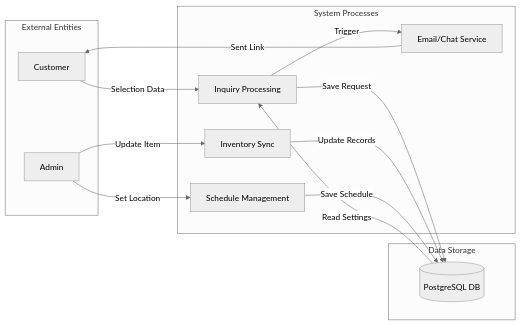
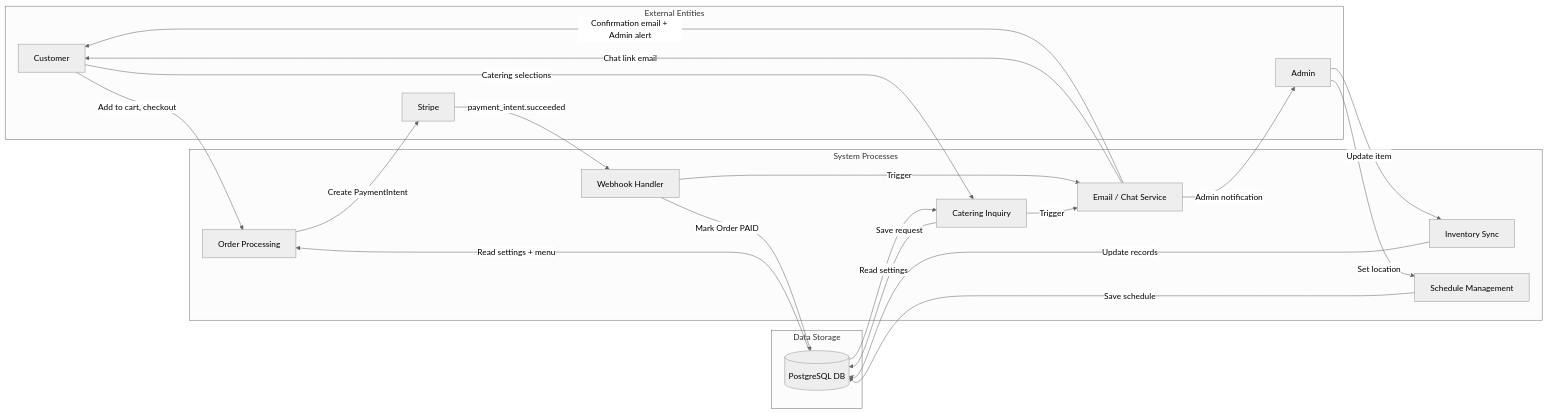
Before and after one commit to tejamahesh1433/indian-food-truck-site: the diagram in docs/DATA_FLOW.md, drawn with Mermaid (neutral theme). The commit also changed other lines of this file and 13 other files, not shown here.

````diff
--- a/docs/DATA_FLOW.md
+++ b/docs/DATA_FLOW.md
@@ -6,31 +7,43 @@
 ```mermaid
 graph LR
     subgraph "External Entities"
         U[Customer]
         A[Admin]
+        S[Stripe]
     end
 
     subgraph "System Processes"
-        P1[Inquiry Processing]
-        P2[Inventory Sync]
-        P3[Schedule Management]
-        P4[Email/Chat Service]
+        P1[Order Processing]
+        P2[Catering Inquiry]
+        P3[Inventory Sync]
+        P4[Schedule Management]
+        P5[Email / Chat Service]
+        P6[Webhook Handler]
     end
 
     subgraph "Data Storage"
         D1[(PostgreSQL DB)]
     end
 
-    U -->|Selection Data| P1
-    P1 -->|Save Request| D1
-    P1 -->|Trigger| P4
-    P4 -->|Sent Link| U
+    U -->|Add to cart, checkout| P1
+    P1 -->|Create PaymentIntent| S
+    S -->|payment_intent.succeeded| P6
+    P6 -->|Mark Order PAID| D1
+    P6 -->|Trigger| P5
+    P5 -->|Confirmation email + Admin alert| U
+    P5 -->|Admin notification| A
 
-    A -->|Update Item| P2
-    P2 -->|Update Records| D1
-    
-    A -->|Set Location| P3
-    P3 -->|Save Schedule| D1
-    
-    D1 -->|Read Settings| P1
+    U -->|Catering selections| P2
+    P2 -->|Save request| D1
+    P2 -->|Trigger| P5
+    P5 -->|Chat link email| U
+
+    A -->|Update item| P3
+    P3 -->|Update records| D1
+
+    A -->|Set location| P4
+    P4 -->|Save schedule| D1
+
+    D1 -->|Read settings + menu| P1
+    D1 -->|Read settings| P2
 ```
````
